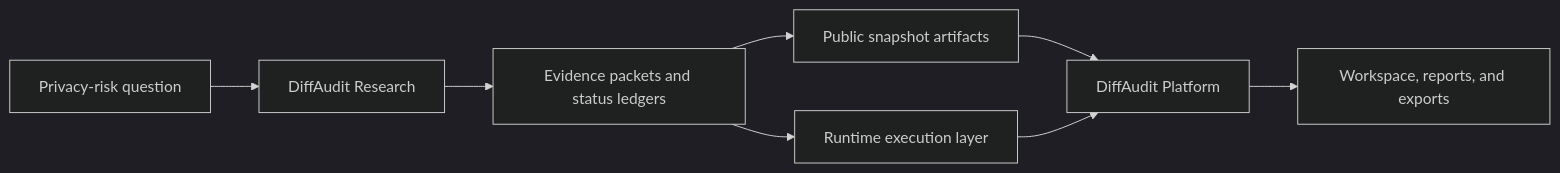
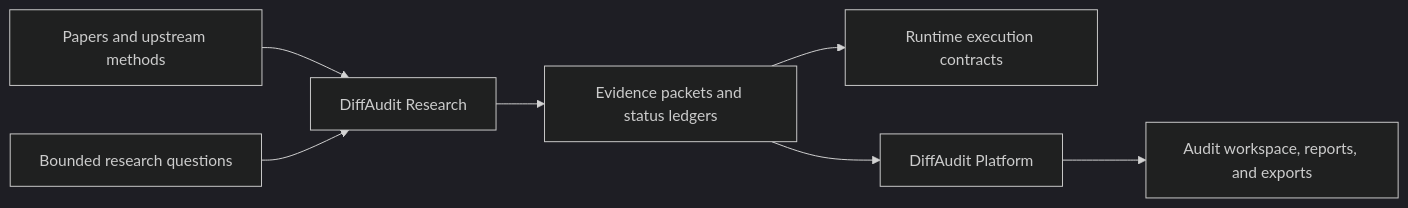
One commit to DeliciousBuding/DiffAudit-Research changed the diagram in README.md. Above: the diagram before and after it, drawn with Mermaid (dark theme). The commit also changed other lines of this file and 775 other files, not shown here.

First line of the commit message:
Reset Research information architecture (#28)

````diff
--- a/README.md
+++ b/README.md
@@ -55,10 +43,9 @@
 ```mermaid
 flowchart LR
-  Question["Privacy-risk question"] --> Research["DiffAudit Research"]
+  Paper["Papers and upstream methods"] --> Research["DiffAudit Research"]
+  Exploration["Bounded research questions"] --> Research
   Research --> Evidence["Evidence packets and status ledgers"]
-  Evidence --> Runtime["Runtime execution layer"]
-  Evidence --> Snapshot["Public snapshot artifacts"]
-  Snapshot --> Platform["DiffAudit Platform"]
-  Runtime --> Platform
-  Platform --> Review["Workspace, reports, and exports"]
+  Evidence --> Runtime["Runtime execution contracts"]
+  Evidence --> Platform["DiffAudit Platform"]
+  Platform --> Report["Audit workspace, reports, and exports"]
 ```
````
